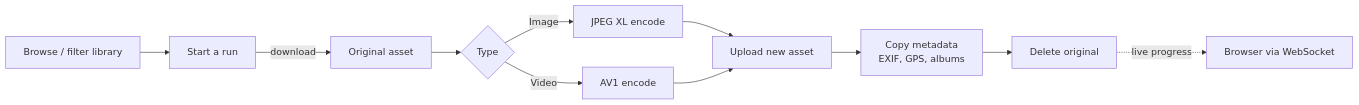
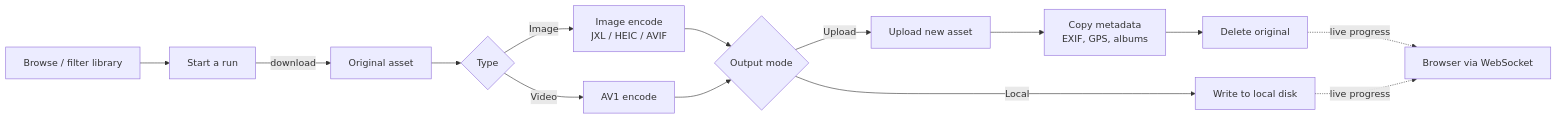
Before and after one commit to fabianwimberger/immich-convert-originals: the diagram in README.md, drawn with Mermaid. The commit also changed other lines of this file and 25 other files, not shown here.

First line of the commit message:
feat: settings revamp -- format allow-list, HEIC/AVIF output, local-only mode (#82)

````diff
--- a/README.md
+++ b/README.md
@@ -41,13 +105,16 @@
 ```mermaid
 flowchart LR
     A[Browse / filter library] --> B[Start a run]
     B -->|download| C[Original asset]
     C --> D{Type}
-    D -->|Image| E[JPEG XL encode]
+    D -->|Image| E[Image encode<br/>JXL / HEIC / AVIF]
     D -->|Video| F[AV1 encode]
-    E --> G[Upload new asset]
-    F --> G
+    E --> K{Output mode}
+    F --> K
+    K -->|Upload| G[Upload new asset]
+    K -->|Local| L[Write to local disk]
     G --> H[Copy metadata<br/>EXIF, GPS, albums]
     H --> I[Delete original]
     I -.->|live progress| J[Browser via WebSocket]
+    L -.->|live progress| J
 ```
````
